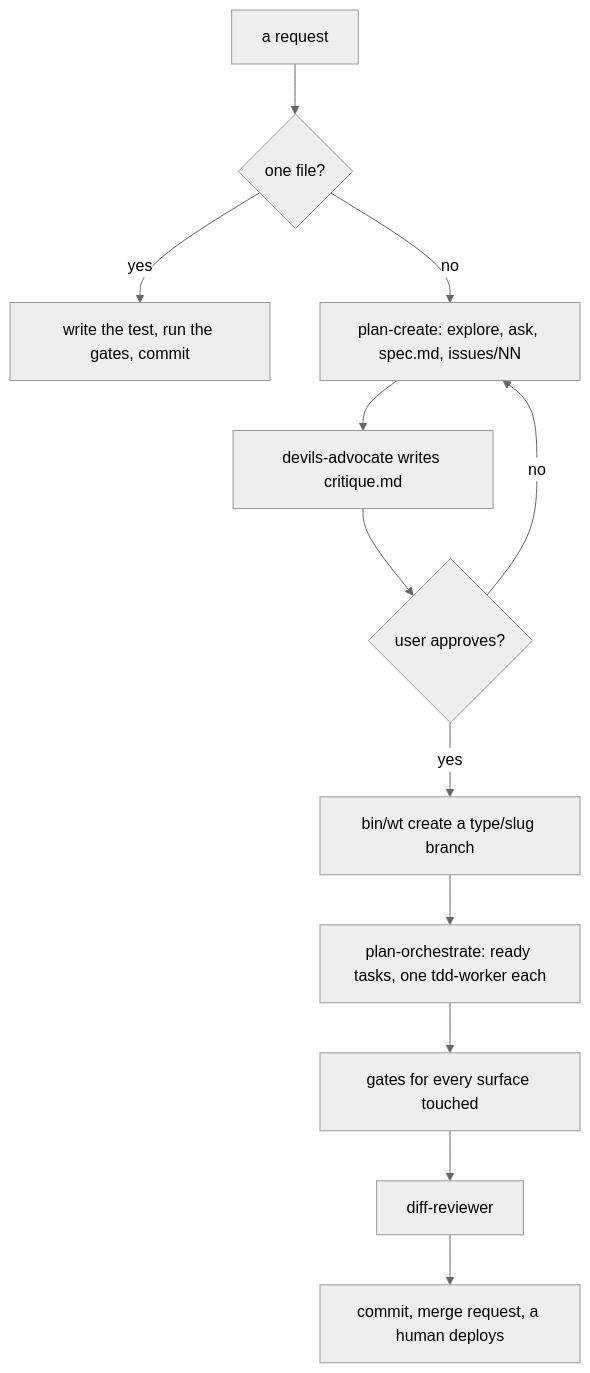
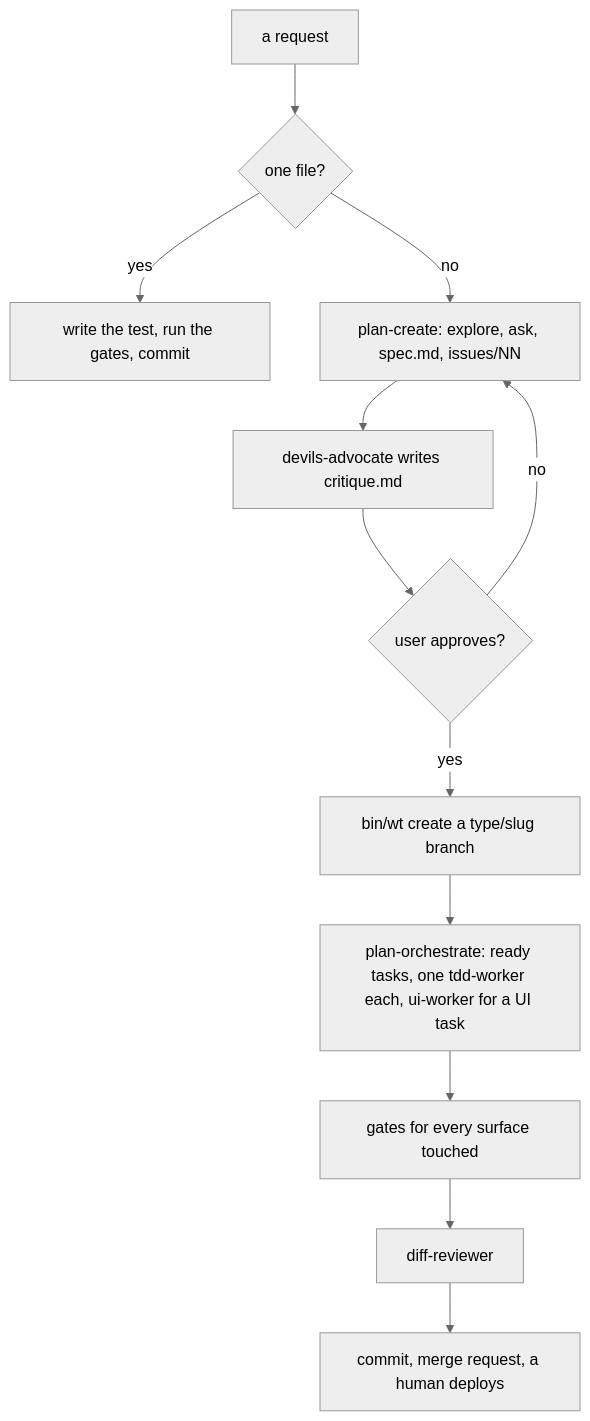
Before and after one commit to nguyentrunghieu98/docker-magento-kit: the fourth of 5 diagrams in README.md, drawn with Mermaid (neutral theme). The commit also changed other lines of this file and 11 other files, not shown here.

````diff
--- a/README.md
+++ b/README.md
@@ -174,14 +175,14 @@
 ```mermaid
 flowchart TD
   R["a request"] --> Q{"one file?"}
   Q -->|"yes"| T["write the test, run the gates, commit"]
   Q -->|"no"| P["plan-create: explore, ask, spec.md, issues/NN"]
   P --> C["devils-advocate writes critique.md"]
   C --> U{"user approves?"}
   U -->|"no"| P
   U -->|"yes"| B["bin/wt create a type/slug branch"]
-  B --> O["plan-orchestrate: ready tasks, one tdd-worker each"]
+  B --> O["plan-orchestrate: ready tasks, one tdd-worker each, ui-worker for a UI task"]
   O --> G["gates for every surface touched"]
   G --> DR["diff-reviewer"]
   DR --> M["commit, merge request, a human deploys"]
 ```
````
